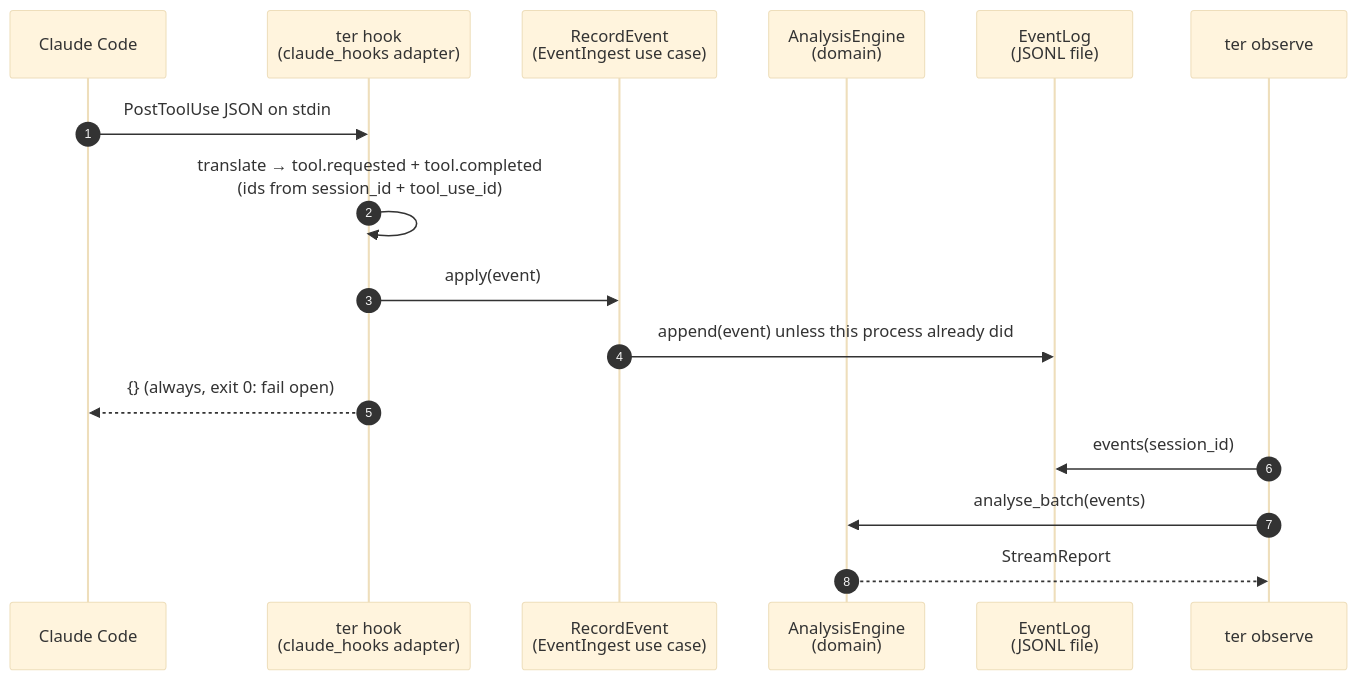
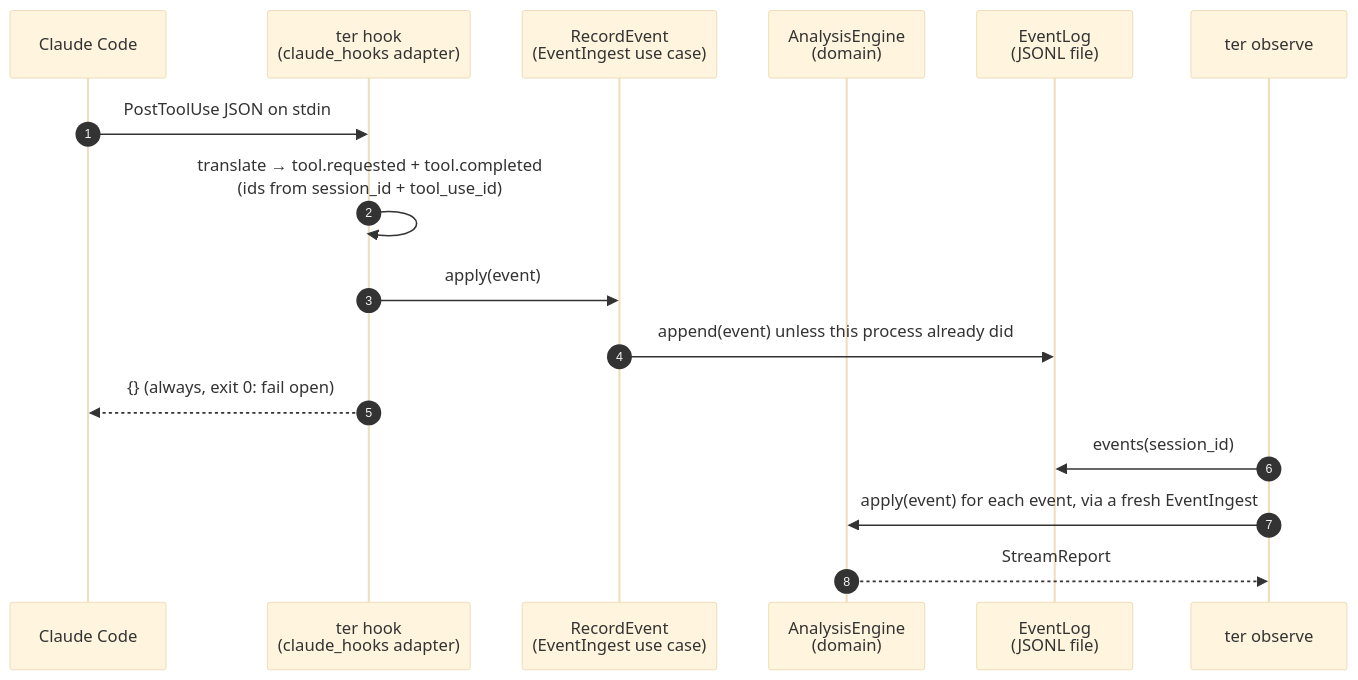
The diagram in docs/ter4/l1-observed.md (cplegendre/TER), drawn with Mermaid (base theme) before and after one commit. The commit also changed other lines of this file and 21 other files, not shown here.

First line of the commit message:
Route every observation through EventIngest; plugin detectors; move ANL-025 to L5

````diff
--- a/docs/ter4/l1-observed.md
+++ b/docs/ter4/l1-observed.md
@@ -19,19 +21,19 @@
 ```mermaid
 sequenceDiagram
     autonumber
     participant CC as Claude Code
     participant H as ter hook<br/>(claude_hooks adapter)
     participant O as RecordEvent<br/>(EventIngest use case)
     participant E as AnalysisEngine<br/>(domain)
     participant L as EventLog<br/>(JSONL file)
     participant R as ter observe
 
     CC->>H: PostToolUse JSON on stdin
     H->>H: translate → tool.requested + tool.completed<br/>(ids from session_id + tool_use_id)
     H->>O: apply(event)
     O->>L: append(event) unless this process already did
     H-->>CC: {} (always, exit 0: fail open)
     R->>L: events(session_id)
-    R->>E: analyse_batch(events)
+    R->>E: apply(event) for each event, via a fresh EventIngest
     E-->>R: StreamReport
 ```
````
